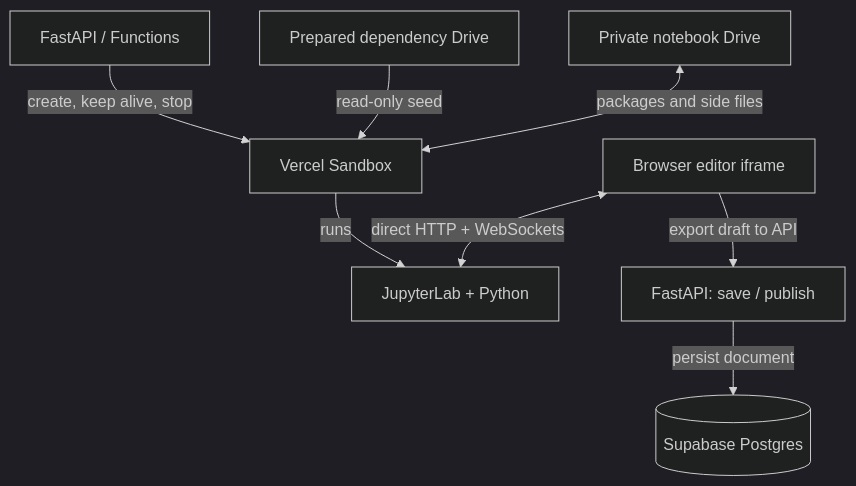
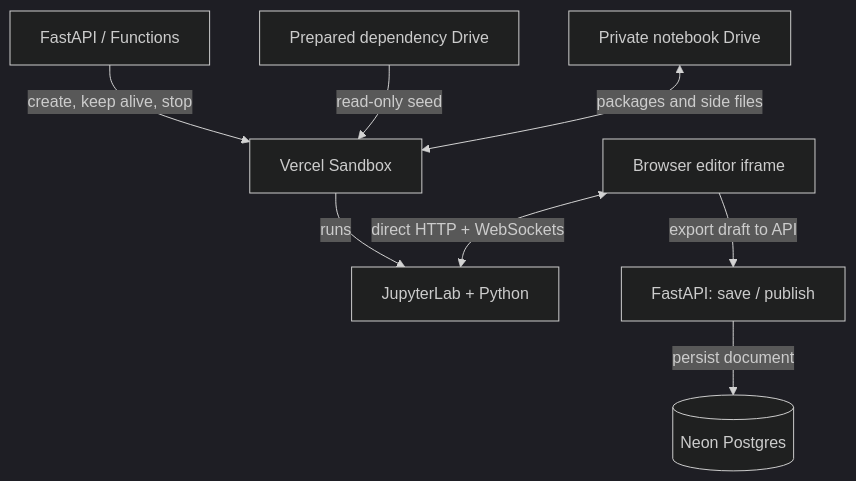
The second of 2 diagrams in lat.md/architecture.md (vercel-labs/notebook-factory), drawn with Mermaid (dark theme) before and after one commit. The commit also changed other lines of this file and 6 other files, not shown here.

````diff
--- a/lat.md/architecture.md
+++ b/lat.md/architecture.md
@@ -31,16 +31,16 @@
 ```mermaid
 flowchart TB
     api["FastAPI / Functions"]
     snapshot["Prepared dependency Drive"]
     workspace["Private notebook Drive"]
     sandbox["Vercel Sandbox"]
     jupyter["JupyterLab + Python"]
     browser["Browser editor iframe"]
     api -->|"create, keep alive, stop"| sandbox
     snapshot -->|"read-only seed"| sandbox
     workspace <-->|"packages and side files"| sandbox
     sandbox -->|"runs"| jupyter
     browser <-->|"direct HTTP + WebSockets"| jupyter
     browser -->|"export draft to API"| save["FastAPI: save / publish"]
-    save -->|"persist document"| supabase[("Supabase Postgres")]
+    save -->|"persist document"| neon[("Neon Postgres")]
 ```
````
